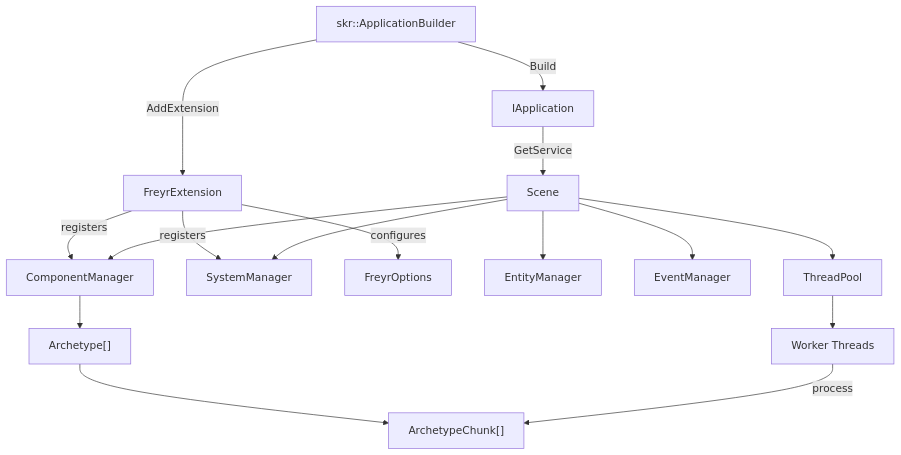
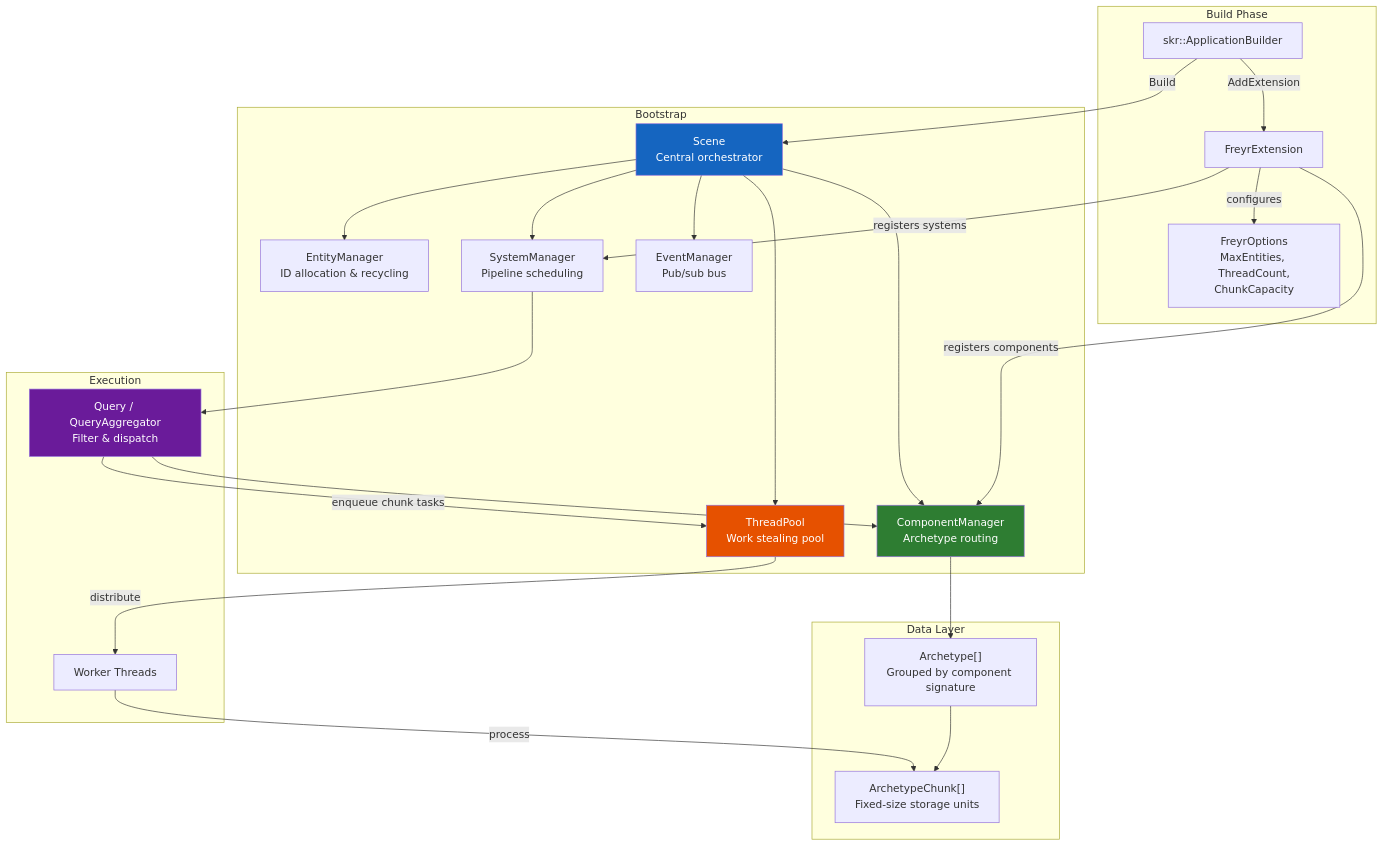
The first of 5 diagrams in docs/concepts/architecture.md (gilmar-sales/Freyr), drawn with Mermaid before and after one commit. The commit also changed other lines of this file and 18 other files, not shown here.

````diff
--- a/docs/concepts/architecture.md
+++ b/docs/concepts/architecture.md
@@ -5,20 +5,53 @@
 ```mermaid
-graph TD
-    FB["skr::ApplicationBuilder"] -->|AddExtension| FE["FreyrExtension"]
-    FE -->|registers| CM["ComponentManager"]
-    FE -->|registers| SM["SystemManager"]
-    FE -->|configures| OPT["FreyrOptions"]
-    FB -->|Build| APP["IApplication"]
-    APP -->|GetService| SC["Scene"]
+graph TB
+    subgraph Build["Build Phase"]
+        FB["skr::ApplicationBuilder"]
+        FE["FreyrExtension"]
+        OPT["FreyrOptions<br/>MaxEntities, ThreadCount,<br/>ChunkCapacity"]
+    end
 
+    subgraph Bootstrap["Bootstrap"]
+        SC["Scene<br/>Central orchestrator"]
+        CM["ComponentManager<br/>Archetype routing"]
+        EM["EntityManager<br/>ID allocation &amp; recycling"]
+        SM["SystemManager<br/>Pipeline scheduling"]
+        EVM["EventManager<br/>Pub/sub bus"]
+        TP["ThreadPool<br/>Work stealing pool"]
+    end
+
+    subgraph Storage["Data Layer"]
+        ARCH["Archetype[]<br/>Grouped by component signature"]
+        CHUNK["ArchetypeChunk[]<br/>Fixed-size storage units"]
+    end
+
+    subgraph Execution["Execution"]
+        WORKERS["Worker Threads"]
+        QUERY["Query / QueryAggregator<br/>Filter &amp; dispatch"]
+    end
+
+    FB -->|AddExtension| FE
+    FE -->|registers components| CM
+    FE -->|registers systems| SM
+    FE -->|configures| OPT
+
+    FB -->|Build| SC
     SC --> CM
-    SC --> EM["EntityManager"]
-    SC --> EVM["EventManager"]
+    SC --> EM
     SC --> SM
-    SC --> TM["ThreadPool"]
+    SC --> EVM
+    SC --> TP
 
-    CM --> ARCH["Archetype[]"]
-    ARCH --> CHUNK["ArchetypeChunk[]"]
-    TM --> WORKERS["Worker Threads"]
+    CM --> ARCH
+    ARCH --> CHUNK
+
+    SM --> QUERY
+    QUERY --> CM
+    QUERY -->|enqueue chunk tasks| TP
+    TP -->|distribute| WORKERS
     WORKERS -->|process| CHUNK
+
+    style SC fill:#1565C0,color:#fff
+    style CM fill:#2E7D32,color:#fff
+    style TP fill:#E65100,color:#fff
+    style QUERY fill:#6A1B9A,color:#fff
 ```
````
